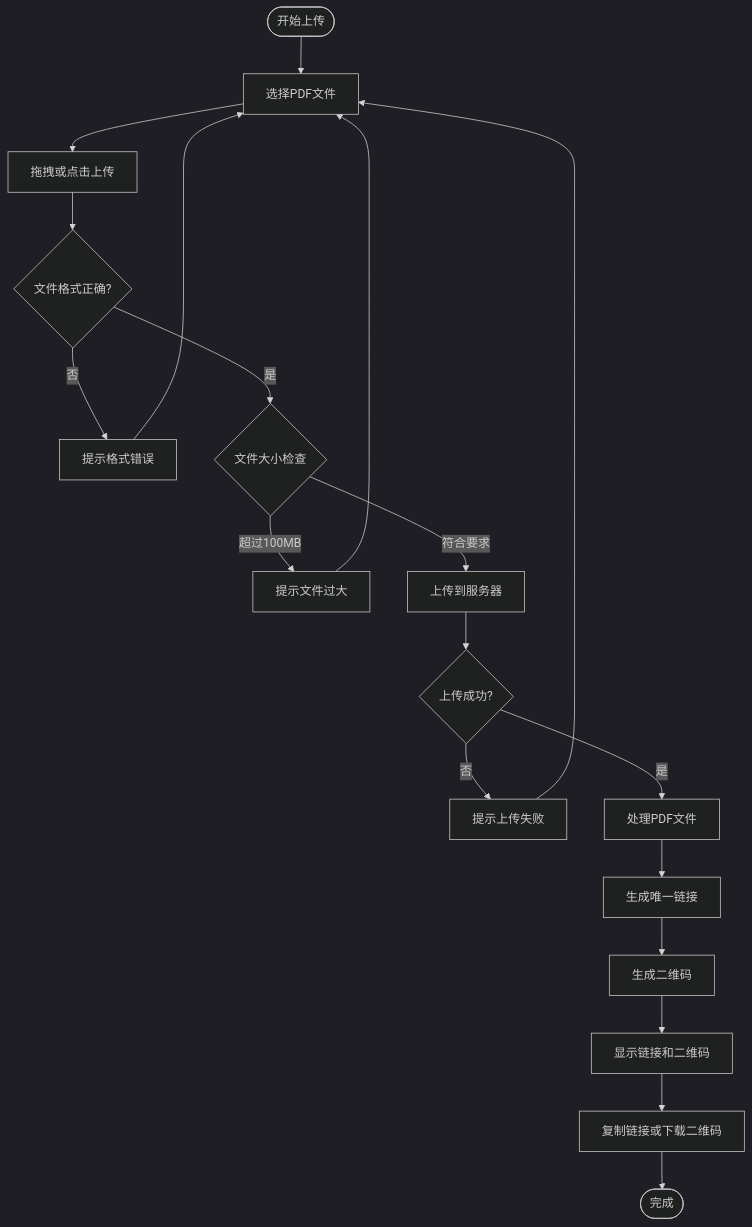
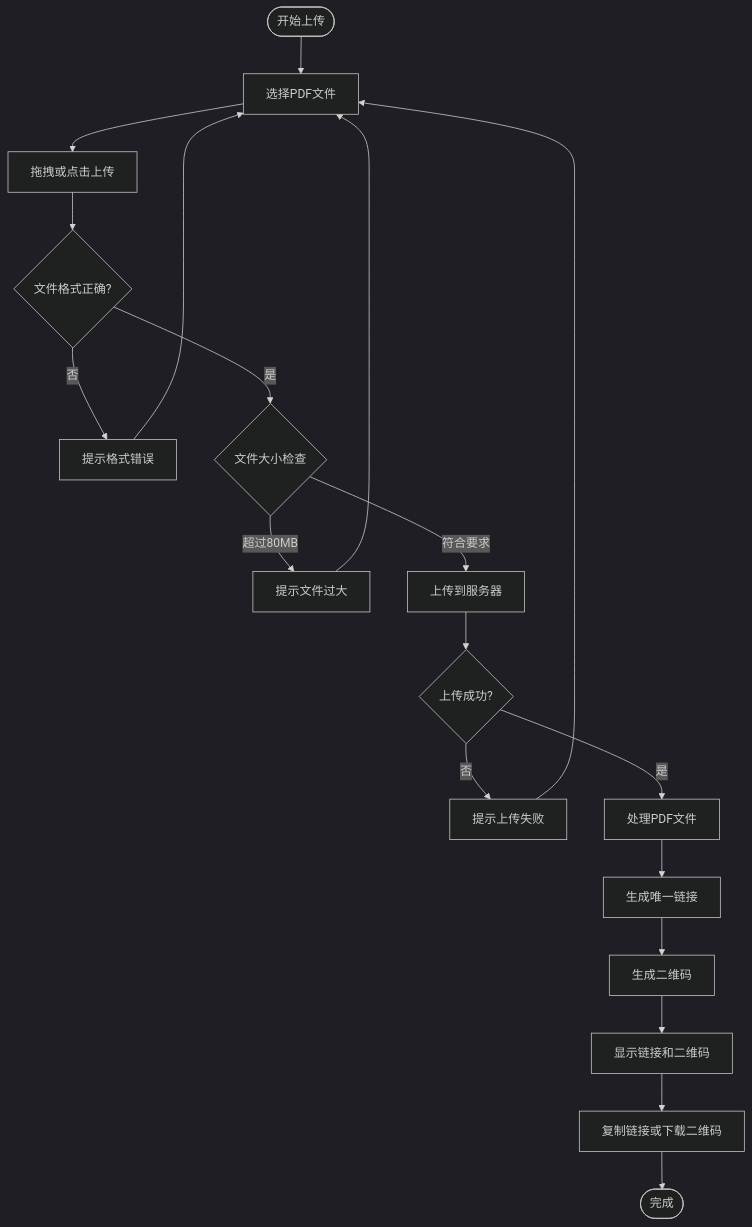
Before and after one commit to mythenigma/cloudflareAstro: the second of 12 diagrams in src/content/blog/cn/maipdf-complete-workflow-guide-with-diagrams.md, drawn with Mermaid (dark theme). The commit also changed other lines of this file and 55 other files, not shown here.

````diff
--- a/src/content/blog/cn/maipdf-complete-workflow-guide-with-diagrams.md
+++ b/src/content/blog/cn/maipdf-complete-workflow-guide-with-diagrams.md
@@ -78,21 +78,21 @@
 ```mermaid
 flowchart TD
     Start([开始上传]) --> A[选择PDF文件]
     A --> B[拖拽或点击上传]
     B --> C{文件格式正确?}
     C -->|否| D[提示格式错误]
     D --> A
     C -->|是| E{文件大小检查}
-    E -->|超过100MB| F[提示文件过大]
+    E -->|超过80MB| F[提示文件过大]
     F --> A
     E -->|符合要求| G[上传到服务器]
     G --> H{上传成功?}
     H -->|否| I[提示上传失败]
     I --> A
     H -->|是| J[处理PDF文件]
     J --> K[生成唯一链接]
     K --> L[生成二维码]
     L --> M[显示链接和二维码]
     M --> N[复制链接或下载二维码]
     N --> End([完成])
 ```
````
